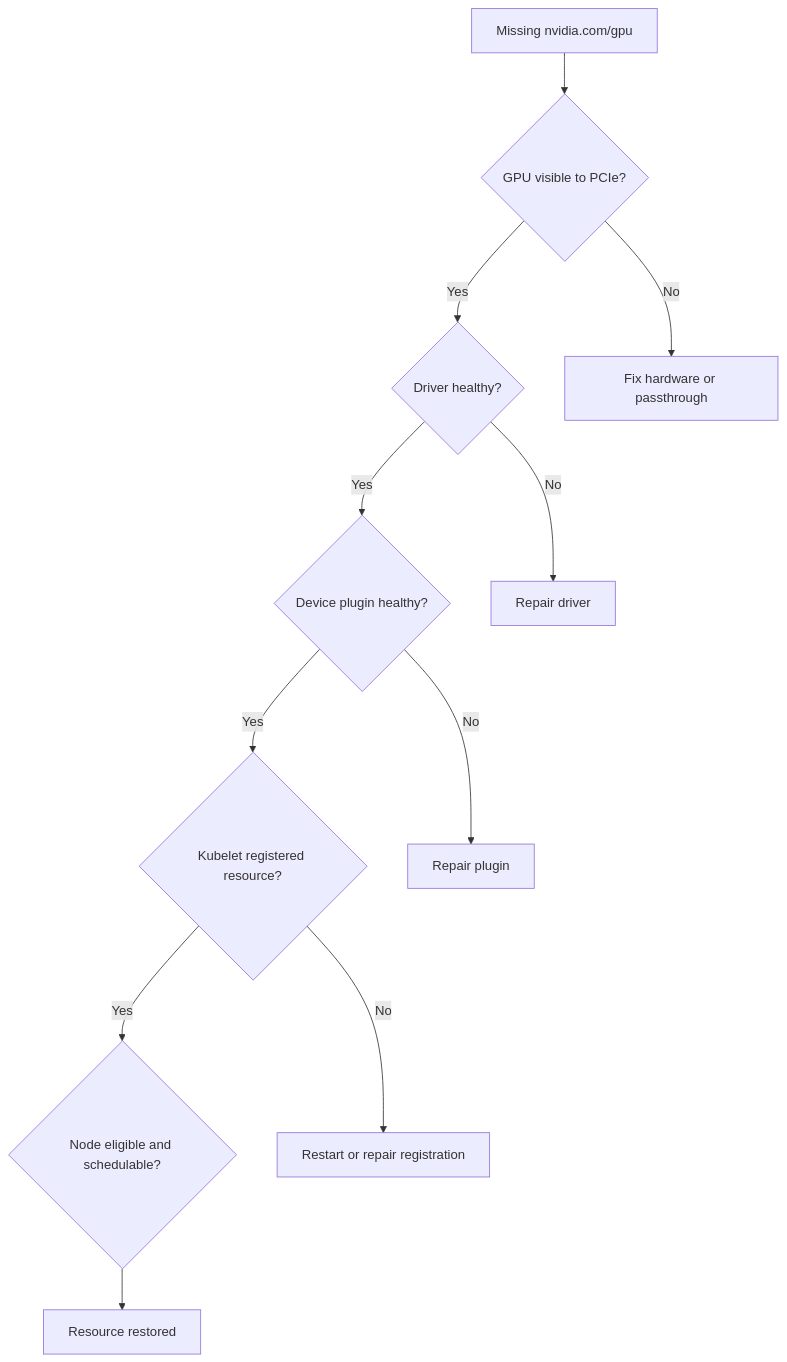
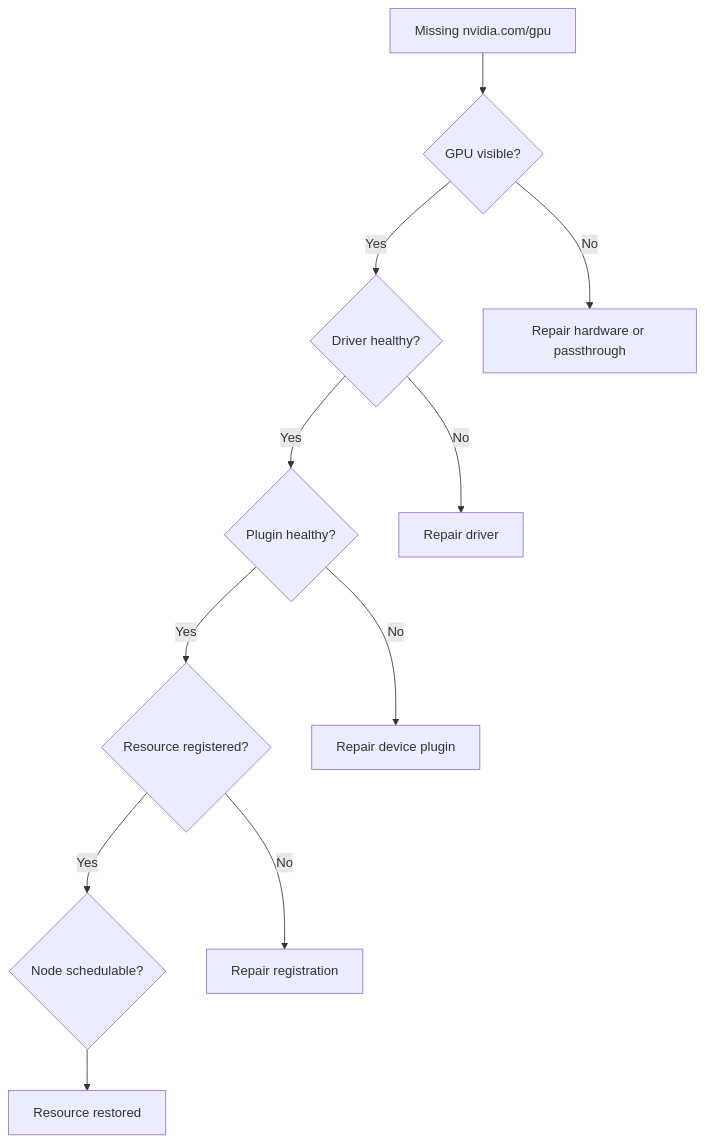
The diagram in docs/nvidia-zero-to-hero/volume-10/labs/lab-03-diagnose-a-missing-allocatable-gpu.md (jithinpnjm/nvidia-devops), drawn with Mermaid before and after one commit. The commit also changed other lines of this file, not shown here.

````diff
--- a/docs/nvidia-zero-to-hero/volume-10/labs/lab-03-diagnose-a-missing-allocatable-gpu.md
+++ b/docs/nvidia-zero-to-hero/volume-10/labs/lab-03-diagnose-a-missing-allocatable-gpu.md
@@ -46,20 +39,20 @@
 ```mermaid
 flowchart TD
     Missing[Missing nvidia.com/gpu]
-    Hardware{GPU visible to PCIe?}
+    Hardware{GPU visible?}
     Driver{Driver healthy?}
-    Plugin{Device plugin healthy?}
-    Kubelet{Kubelet registered resource?}
-    Policy{Node eligible and schedulable?}
+    Plugin{Plugin healthy?}
+    Kubelet{Resource registered?}
+    Policy{Node schedulable?}
     Restored[Resource restored]
 
     Missing --> Hardware
-    Hardware -->|No| FixHW[Fix hardware or passthrough]
+    Hardware -->|No| FixHW[Repair hardware or passthrough]
     Hardware -->|Yes| Driver
     Driver -->|No| FixDriver[Repair driver]
     Driver -->|Yes| Plugin
-    Plugin -->|No| FixPlugin[Repair plugin]
+    Plugin -->|No| FixPlugin[Repair device plugin]
     Plugin -->|Yes| Kubelet
-    Kubelet -->|No| FixKubelet[Restart or repair registration]
+    Kubelet -->|No| FixKubelet[Repair registration]
     Kubelet -->|Yes| Policy --> Restored
 ```
````
